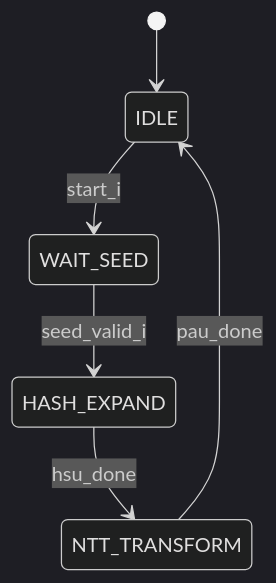
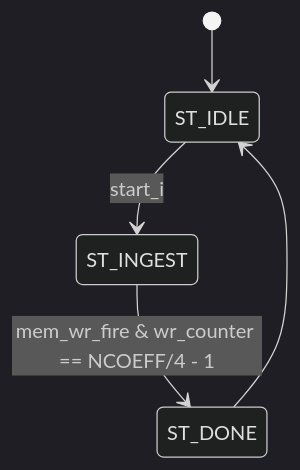
Before and after one commit to QREM-CORE/qrem-docs: the third of 3 diagrams in transcoder-unit/fsm-states.md, drawn with Mermaid (dark theme). The commit also changed other lines of this file and 3 other files, not shown here.

Commit message:
docs(transcoder-unit): fill out architecture documentation (#4)

````diff
--- a/transcoder-unit/fsm-states.md
+++ b/transcoder-unit/fsm-states.md
@@ -10,8 +152,7 @@
 ```mermaid
 stateDiagram-v2
-    [*] --> IDLE
-    IDLE --> WAIT_SEED : start_i
-    WAIT_SEED --> HASH_EXPAND : seed_valid_i
-    HASH_EXPAND --> NTT_TRANSFORM : hsu_done
-    NTT_TRANSFORM --> IDLE : pau_done
+    [*] --> ST_IDLE
+    ST_IDLE --> ST_INGEST : start_i
+    ST_INGEST --> ST_DONE : mem_wr_fire & wr_counter == NCOEFF/4 - 1
+    ST_DONE --> ST_IDLE
 ```
````
